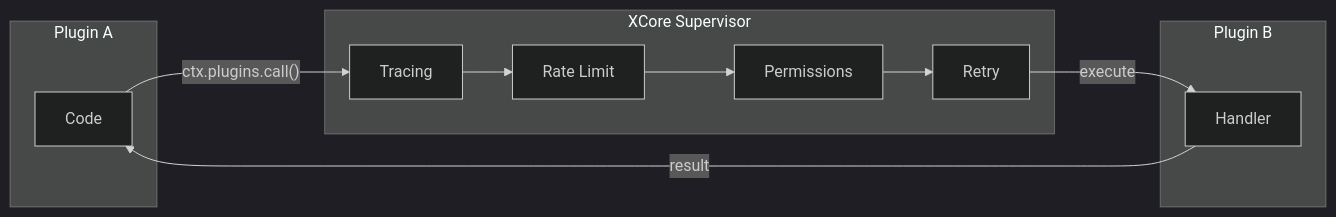
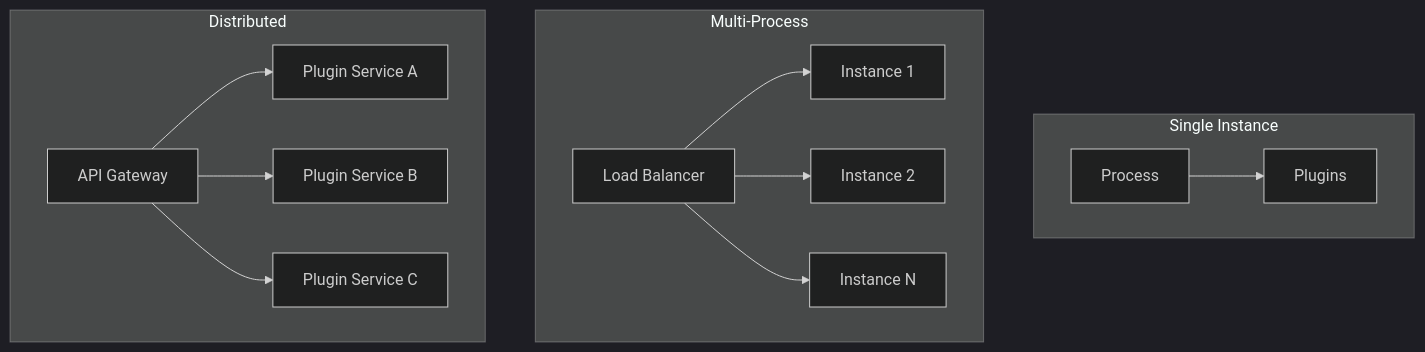
Before and after one commit to traoreera/xcore: diagram 16 of 16 in doc/architecture/overview.md, drawn with Mermaid (dark theme). The commit also changed other lines of this file and 54 other files, not shown here.

````diff
--- a/doc/architecture/overview.md
+++ b/doc/architecture/overview.md
@@ -77,20 +575,18 @@
 ```mermaid
-graph LR
-    subgraph Caller["Plugin A"]
-        A[Code]
+flowchart TB
+    subgraph Single["Single Instance"]
+        A[Process] --> B[Plugins]
     end
 
-    subgraph Kernel["XCore Supervisor"]
-        M1[Tracing] --> M2[Rate Limit]
-        M2 --> M3[Permissions]
-        M3 --> M4[Retry]
+    subgraph Multi["Multi-Process"]
+        C[Load Balancer] --> D[Instance 1]
+        C --> E[Instance 2]
+        C --> F[Instance N]
     end
 
-    subgraph Target["Plugin B"]
-        B[Handler]
+    subgraph Distributed["Distributed"]
+        G[API Gateway] --> H[Plugin Service A]
+        G --> I[Plugin Service B]
+        G --> J[Plugin Service C]
     end
-
-    A -- "ctx.plugins.call()" --> M1
-    M4 -- "execute" --> B
-    B -- "result" --> A
 ```
````
